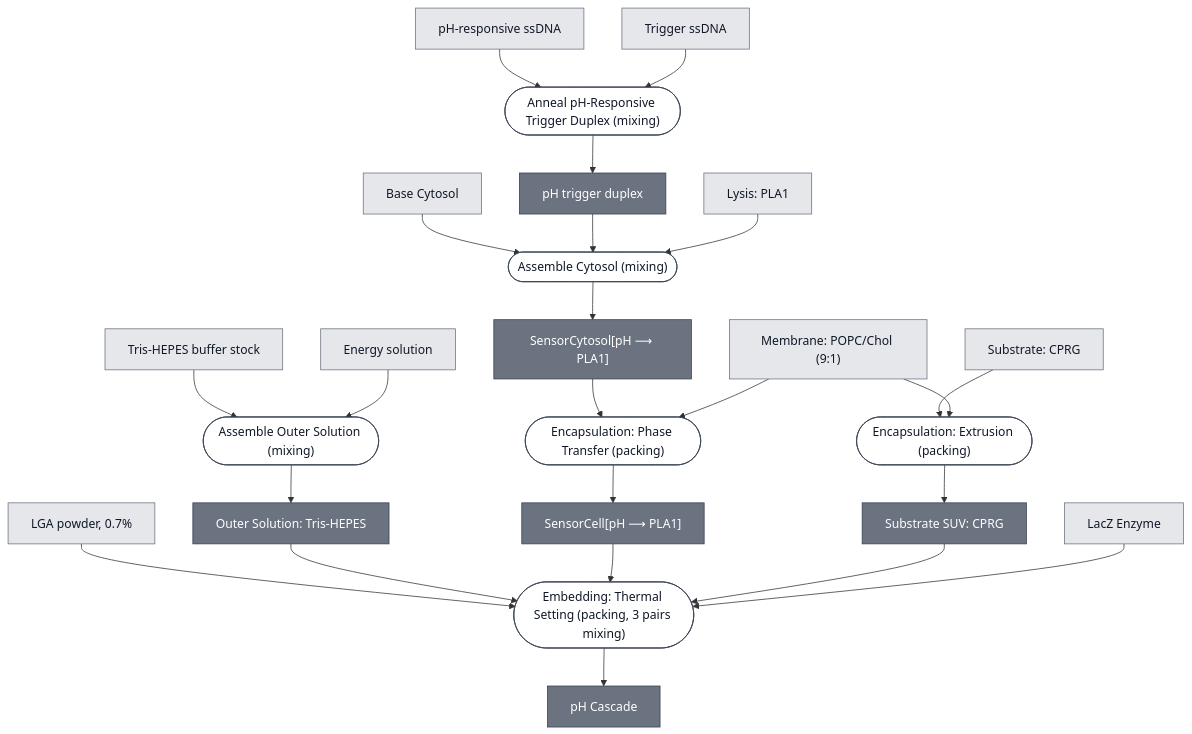
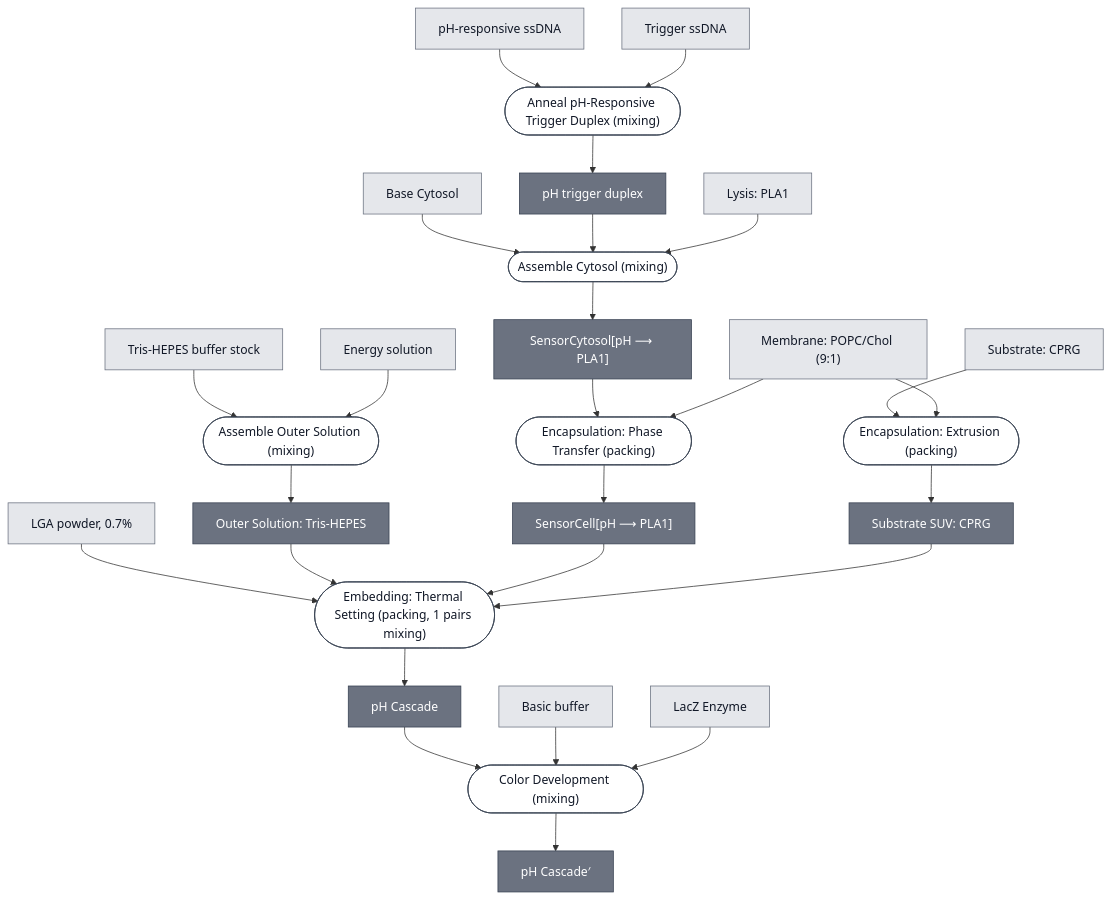
Before and after one commit to nucleus-eng/nucleus-docs: the diagram in docs/modules/ph-cascade/spec.md, drawn with Mermaid. The commit also changed other lines of this file and 3 other files, not shown here.

````diff
--- a/docs/modules/ph-cascade/spec.md
+++ b/docs/modules/ph-cascade/spec.md
@@ -40,6 +40,7 @@
     EFFECTOR_PLA1["Lysis: PLA1"]
     MEMBRANE_CHICAGO["Membrane: POPC/Chol (9:1)"]
     SUBSTRATE_CPRG["Substrate: CPRG"]
+    BASIC_BUFFER["Basic buffer"]
     REPORTER_LACZ_ENZYME["LacZ Enzyme"]
     LGA_POWDER["LGA powder, 0.7%"]
     TRIS_HEPES_STOCK["Tris-HEPES buffer stock"]
@@ -55,8 +56,10 @@
     PH_SENSING_CELL["SensorCell[pH ⟶ PLA1]"]
     P5_ENCAPSULATE_SUBSTRATE_SUV_0(["Encapsulation: Extrusion (packing)"])
     SUBSTRATE_CPRG_SUV["Substrate SUV: CPRG"]
-    P6_EMBED_AGAROSE_0(["Embedding: Thermal Setting (packing, 3 pairs mixing)"])
+    P6_EMBED_AGAROSE_0(["Embedding: Thermal Setting (packing, 1 pairs mixing)"])
     PH_CASCADE["pH Cascade"]
+    P7_DEVELOP_0(["Color Development (mixing)"])
+    PH_CASCADE_DEVELOPED["pH Cascade′"]
 
     TRIS_HEPES_STOCK --> P1_ASSEMBLE_OUTER_SOLUTION_0
     ENERGY_SOLUTION --> P1_ASSEMBLE_OUTER_SOLUTION_0
@@ -83,16 +86,20 @@
     OUTER_SOLUTION_TRIS_HEPES --> P6_EMBED_AGAROSE_0
     PH_SENSING_CELL --> P6_EMBED_AGAROSE_0
     SUBSTRATE_CPRG_SUV --> P6_EMBED_AGAROSE_0
-    REPORTER_LACZ_ENZYME --> P6_EMBED_AGAROSE_0
     P6_EMBED_AGAROSE_0 --> PH_CASCADE
+
+    PH_CASCADE --> P7_DEVELOP_0
+    BASIC_BUFFER --> P7_DEVELOP_0
+    REPORTER_LACZ_ENZYME --> P7_DEVELOP_0
+    P7_DEVELOP_0 --> PH_CASCADE_DEVELOPED
 
 
     classDef leaf     fill:#e5e7eb,stroke:#6b7280,color:#111827;
     classDef composed fill:#6b7280,stroke:#374151,color:#ffffff;
     classDef process  fill:#ffffff,stroke:#374151,color:#111827;
-    class BASE_CYTOSOL,PH_RESPONSIVE_SSDNA,TRIGGER_SSDNA,EFFECTOR_PLA1,MEMBRANE_CHICAGO,SUBSTRATE_CPRG,REPORTER_LACZ_ENZYME,LGA_POWDER,TRIS_HEPES_STOCK,ENERGY_SOLUTION leaf;
-    class OUTER_SOLUTION_TRIS_HEPES,PH_TRIGGER_DUPLEX,PH_SENSOR_CYTOSOL,PH_SENSING_CELL,SUBSTRATE_CPRG_SUV,PH_CASCADE composed;
-    class P1_ASSEMBLE_OUTER_SOLUTION_0,P2_ANNEAL_TRIGGER_DUPLEX_0,P3_ASSEMBLE_CYTOSOL_0,P4_ENCAPSULATE_0,P5_ENCAPSULATE_SUBSTRATE_SUV_0,P6_EMBED_AGAROSE_0 process;
+    class BASE_CYTOSOL,PH_RESPONSIVE_SSDNA,TRIGGER_SSDNA,EFFECTOR_PLA1,MEMBRANE_CHICAGO,SUBSTRATE_CPRG,BASIC_BUFFER,REPORTER_LACZ_ENZYME,LGA_POWDER,TRIS_HEPES_STOCK,ENERGY_SOLUTION leaf;
+    class OUTER_SOLUTION_TRIS_HEPES,PH_TRIGGER_DUPLEX,PH_SENSOR_CYTOSOL,PH_SENSING_CELL,SUBSTRATE_CPRG_SUV,PH_CASCADE,PH_CASCADE_DEVELOPED composed;
+    class P1_ASSEMBLE_OUTER_SOLUTION_0,P2_ANNEAL_TRIGGER_DUPLEX_0,P3_ASSEMBLE_CYTOSOL_0,P4_ENCAPSULATE_0,P5_ENCAPSULATE_SUBSTRATE_SUV_0,P6_EMBED_AGAROSE_0,P7_DEVELOP_0 process;
 
     click BASE_CYTOSOL "/docs/modules/base-cytosol/spec"
     click EFFECTOR_PLA1 "/docs/modules/effector-pla1/spec"
@@ -112,4 +119,5 @@
     click SUBSTRATE_CPRG_SUV "/docs/modules/substrate-cprg-suv/spec"
     click P6_EMBED_AGAROSE_0 "/docs/processes/embed-thermal-setting/main"
     click PH_CASCADE "/docs/modules/ph-cascade/spec"
+    click P7_DEVELOP_0 "/docs/processes/color-development/main"
 ```
````
